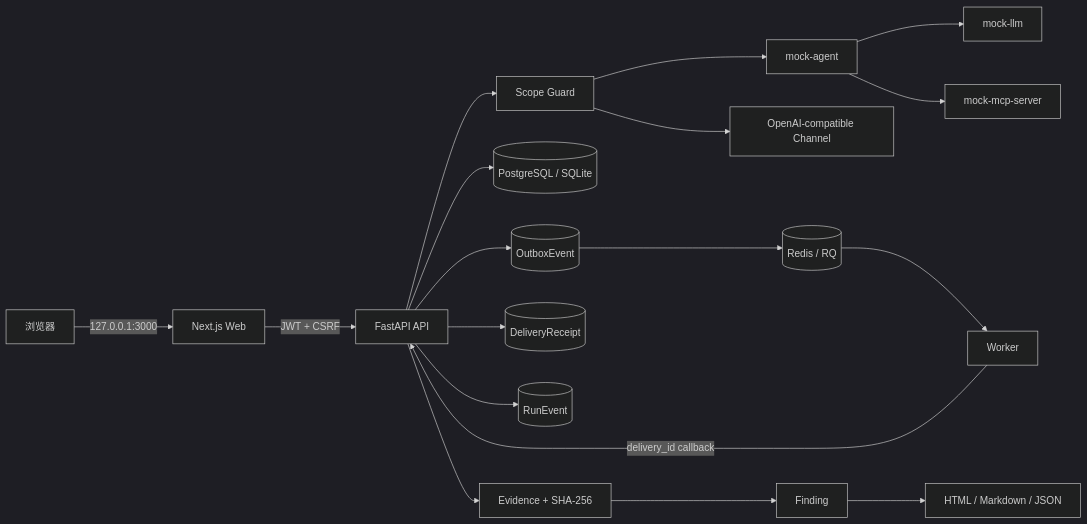
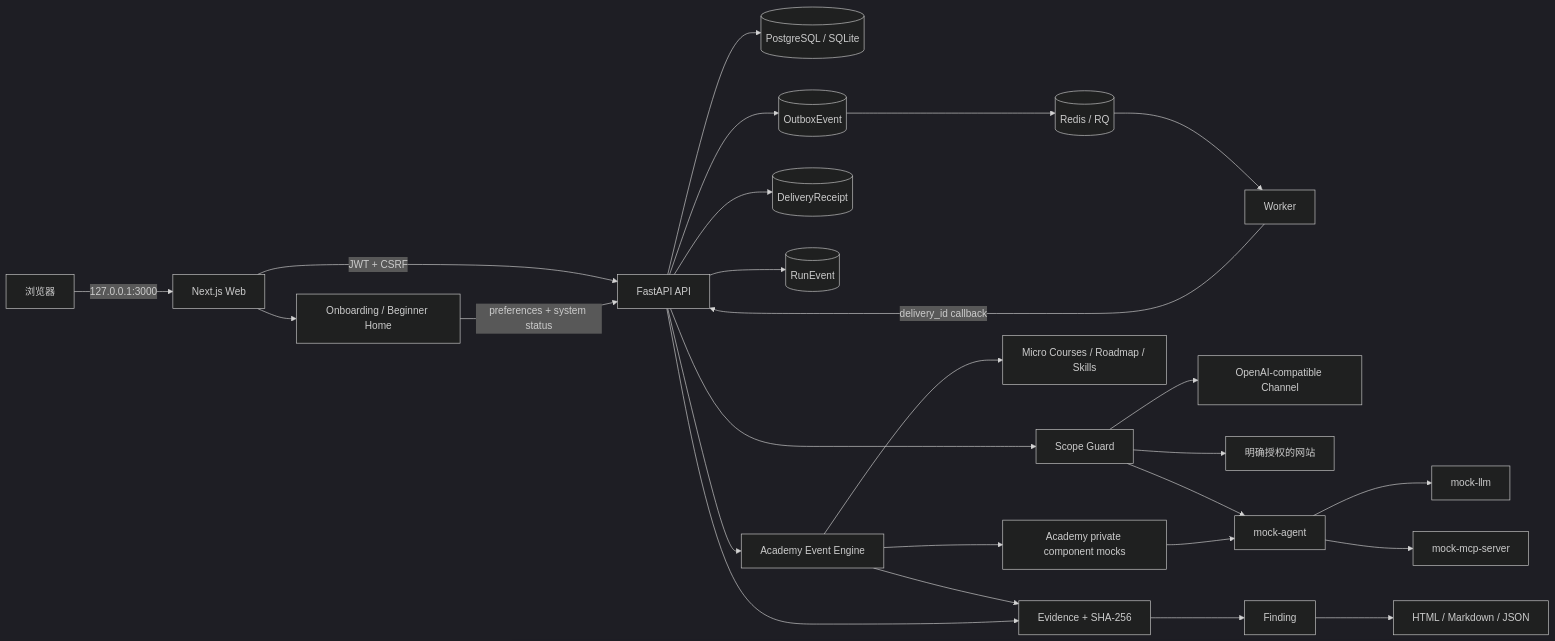
One commit to kskk666999-lgtm/whaleguard-redlab changed the diagram in docs/ARCHITECTURE.md. Above: the diagram before and after it, drawn with Mermaid (dark theme). The commit also changed other lines of this file and 125 other files, not shown here.

````diff
--- a/docs/ARCHITECTURE.md
+++ b/docs/ARCHITECTURE.md
@@ -5,20 +7,28 @@
 ```mermaid
 flowchart LR
   U[浏览器] -->|127.0.0.1:3000| W[Next.js Web]
+  W --> BX[Onboarding / Beginner Home]
   W -->|JWT + CSRF| A[FastAPI API]
+  BX -->|preferences + system status| A
   A --> G[Scope Guard]
   A --> P[(PostgreSQL / SQLite)]
   A --> O[(OutboxEvent)]
   O --> R[(Redis / RQ)]
   R --> K[Worker]
   K -->|delivery_id callback| A
   A --> D[(DeliveryReceipt)]
   A --> RE[(RunEvent)]
   G --> L[OpenAI-compatible Channel]
+  G --> WT[明确授权的网站]
   G --> MA[mock-agent]
   MA --> ML[mock-llm]
   MA --> MM[mock-mcp-server]
+  A --> AC[Academy Event Engine]
+  AC --> LE[Micro Courses / Roadmap / Skills]
+  AC --> AM[Academy private component mocks]
+  AM --> MA
+  AC --> E
   A --> E[Evidence + SHA-256]
   E --> F[Finding]
   F --> RP[HTML / Markdown / JSON]
 ```
````
